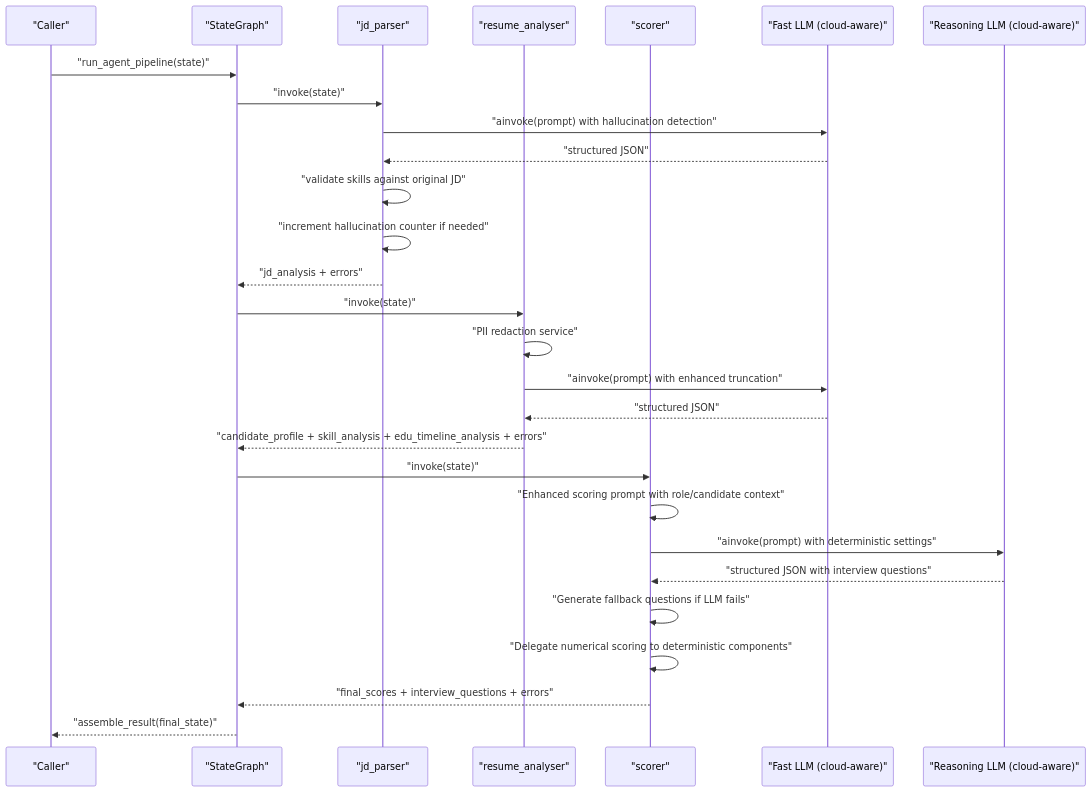
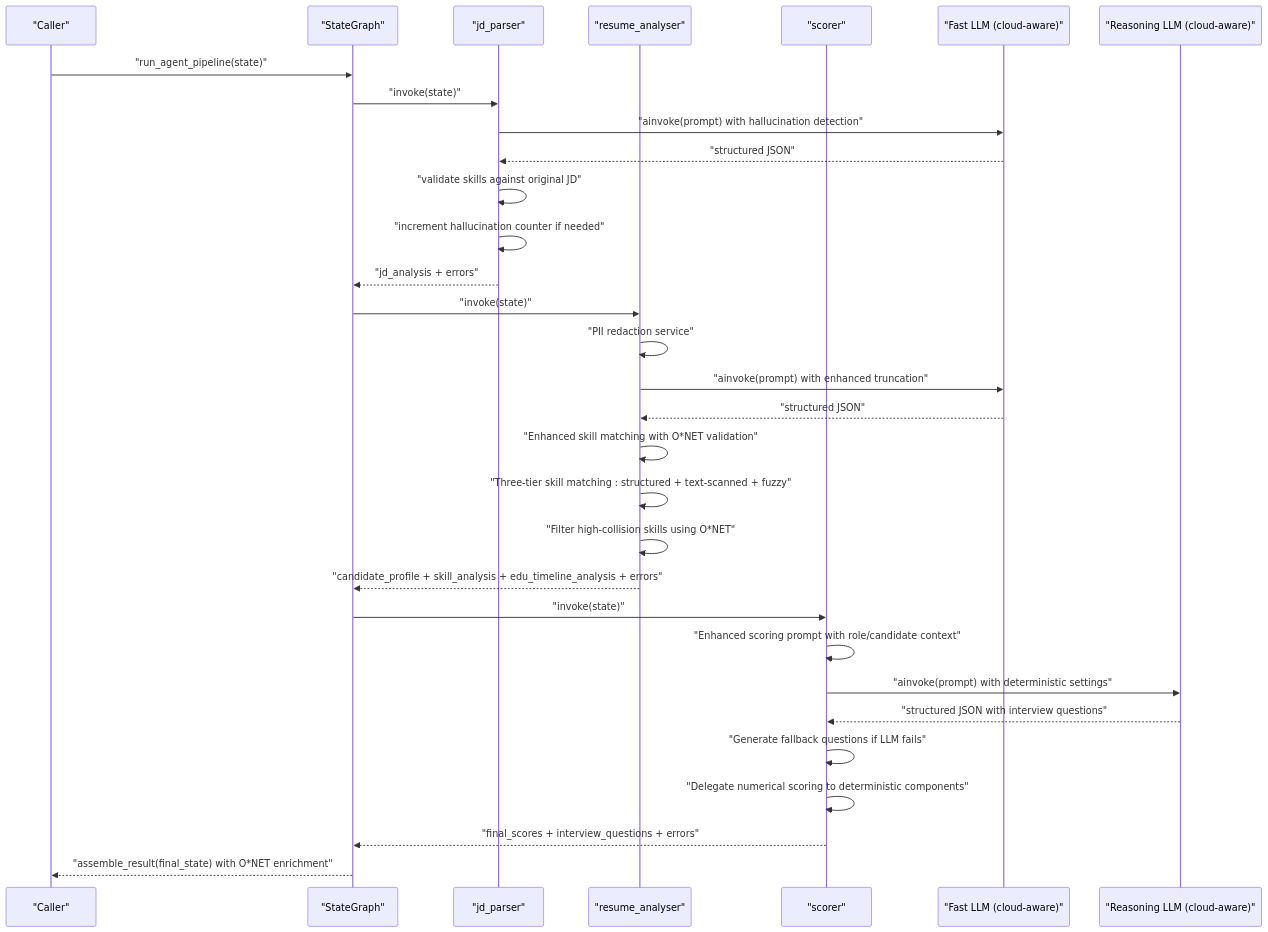
Before and after one commit to Revanththetalogics/aireume: the second of 9 diagrams in .qoder/repowiki/en/content/Analysis Engine/Agent Pipeline (LangGraph).md, drawn with Mermaid. The commit also changed other lines of this file and 41 other files, not shown here.

````diff
--- a/.qoder/repowiki/en/content/Analysis Engine/Agent Pipeline (LangGraph).md
+++ b/.qoder/repowiki/en/content/Analysis Engine/Agent Pipeline (LangGraph).md
@@ -106,30 +111,33 @@
 ```mermaid
 sequenceDiagram
 participant Client as "Caller"
 participant Graph as "StateGraph"
 participant JD as "jd_parser"
 participant RA as "resume_analyser"
 participant SC as "scorer"
 participant O1 as "Fast LLM (cloud-aware)"
 participant O2 as "Reasoning LLM (cloud-aware)"
 Client->>Graph : "run_agent_pipeline(state)"
 Graph->>JD : "invoke(state)"
 JD->>O1 : "ainvoke(prompt) with hallucination detection"
 O1-->>JD : "structured JSON"
 JD->>JD : "validate skills against original JD"
 JD->>JD : "increment hallucination counter if needed"
 JD-->>Graph : "jd_analysis + errors"
 Graph->>RA : "invoke(state)"
 RA->>RA : "PII redaction service"
 RA->>O1 : "ainvoke(prompt) with enhanced truncation"
 O1-->>RA : "structured JSON"
+RA->>RA : "Enhanced skill matching with O*NET validation"
+RA->>RA : "Three-tier skill matching : structured + text-scanned + fuzzy"
+RA->>RA : "Filter high-collision skills using O*NET"
 RA-->>Graph : "candidate_profile + skill_analysis + edu_timeline_analysis + errors"
 Graph->>SC : "invoke(state)"
 SC->>SC : "Enhanced scoring prompt with role/candidate context"
 SC->>O2 : "ainvoke(prompt) with deterministic settings"
 O2-->>SC : "structured JSON with interview questions"
 SC->>SC : "Generate fallback questions if LLM fails"
 SC->>SC : "Delegate numerical scoring to deterministic components"
 SC-->>Graph : "final_scores + interview_questions + errors"
-Graph-->>Client : "assemble_result(final_state)"
+Graph-->>Client : "assemble_result(final_state) with O*NET enrichment"
 ```
````
